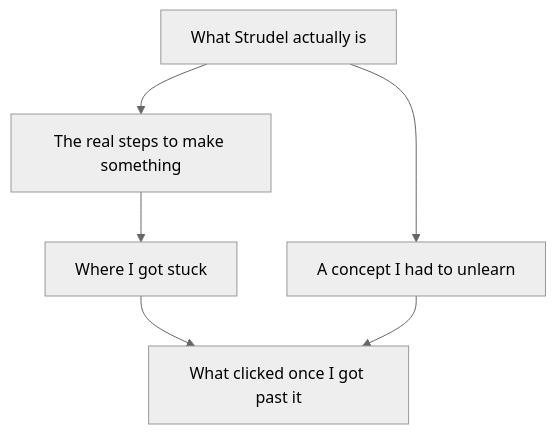
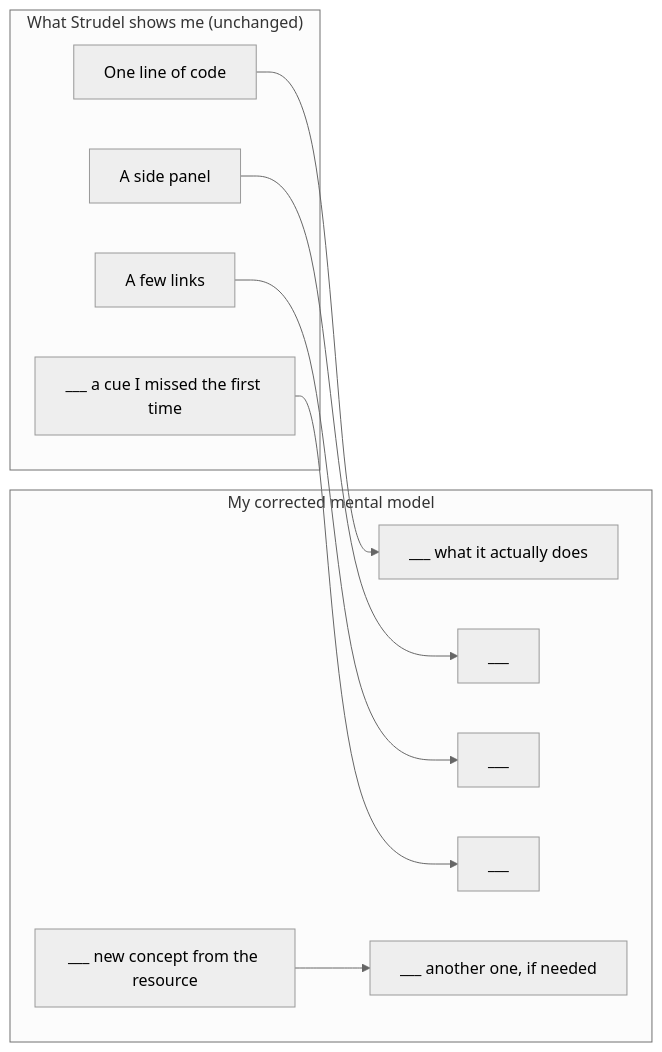
The second of 2 diagrams in teach-me-teach-you/index.md (dolphinswarm/atls-5430-design-methods), drawn with Mermaid (neutral theme) before and after one commit. The commit also changed other lines of this file, not shown here.

````diff
--- a/teach-me-teach-you/index.md
+++ b/teach-me-teach-you/index.md
@@ -48,8 +58,18 @@
 ```mermaid
-flowchart TD
-    A["What Strudel actually is"] --> B["The real steps to make something"]
-    A --> C["A concept I had to unlearn"]
-    B --> D["Where I got stuck"]
-    D --> E["What clicked once I got past it"]
-    C --> E
+flowchart LR
+    subgraph image["What Strudel shows me (unchanged)"]
+        A["One line of code"]
+        B["A side panel"]
+        C["A few links"]
+        D["___ a cue I missed the first time"]
+    end
+    subgraph model["My corrected mental model"]
+        A --> A2["___ what it actually does"]
+        B --> B2["___"]
+        C --> C2["___"]
+        D --> D2["___"]
+        N1["___ new concept from the resource"]
+        N2["___ another one, if needed"]
+        N1 --> N2
+    end
 ```
````
